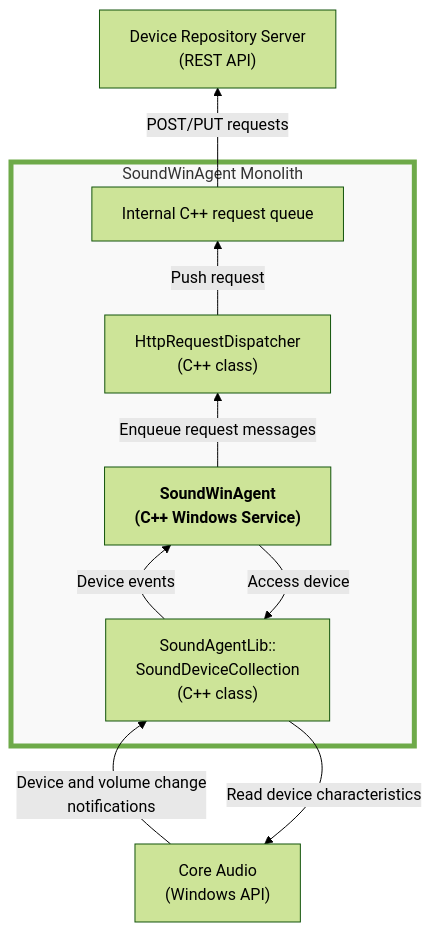
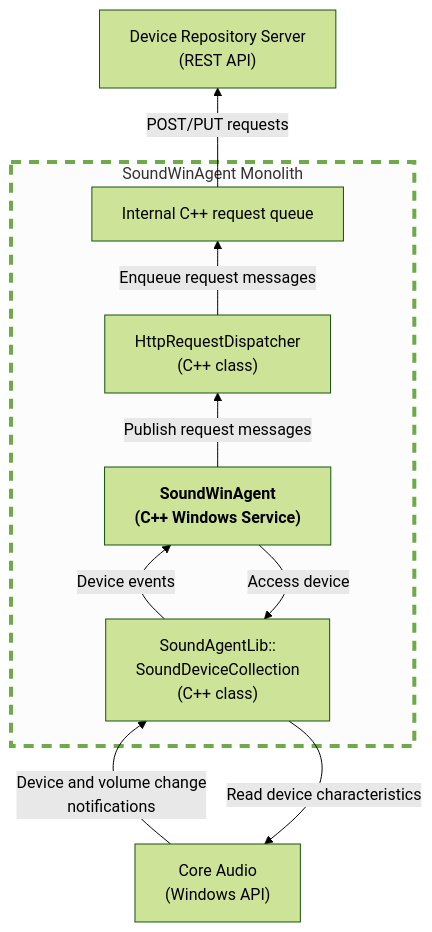
One commit to collect-sound-devices/win-sound-scanner-go changed the diagram in docs/module-interaction02-pred00.mmd. Above: the diagram before and after it, drawn with Mermaid (forest theme).

Commit message:
Update flowchart styling and message labels

```diff
--- a/docs/module-interaction02-pred00.mmd
+++ b/docs/module-interaction02-pred00.mmd
@@ -1,27 +1,27 @@
 flowchart BT
 
-classDef stressedBox fill:#f0f0f0,fill-opacity:0.4,stroke-width:5px;
+classDef stressedBox fill:#f0f0f0, fill-opacity:0.2, stroke-dasharray:10 8, stroke-width:4px;
 
 coreAudioApi["Core Audio<br>(Windows API)"]
 
 subgraph soundWinAgentModule["SoundWinAgent Monolith"]
     soundDeviceCollection["SoundAgentLib::<br>SoundDeviceCollection<br>(C++ class)"]
     httpRequestDispatcher["HttpRequestDispatcher<br>(C++ class)"]
 
     soundWinAgentService["<b>SoundWinAgent<br>(C++ Windows Service)</b>"]
     internalCppRequestQueue["Internal C++ request queue"]
 
-    soundWinAgentService --> |Enqueue request messages| httpRequestDispatcher
+    soundWinAgentService --> |Publish request messages| httpRequestDispatcher
 end
 class soundWinAgentModule stressedBox
 
 coreAudioApi --> |Device and volume change<br>notifications| soundDeviceCollection
 soundDeviceCollection --> |Read device characteristics| coreAudioApi
 
 deviceRepositoryApi["Device Repository Server<br>(REST API)"]
 
 soundWinAgentService --> |Access device| soundDeviceCollection
 soundDeviceCollection --> |Device events| soundWinAgentService
 
-httpRequestDispatcher --> |Push request| internalCppRequestQueue
+httpRequestDispatcher --> |Enqueue request messages| internalCppRequestQueue
 internalCppRequestQueue --> |POST/PUT requests| deviceRepositoryApi
```
